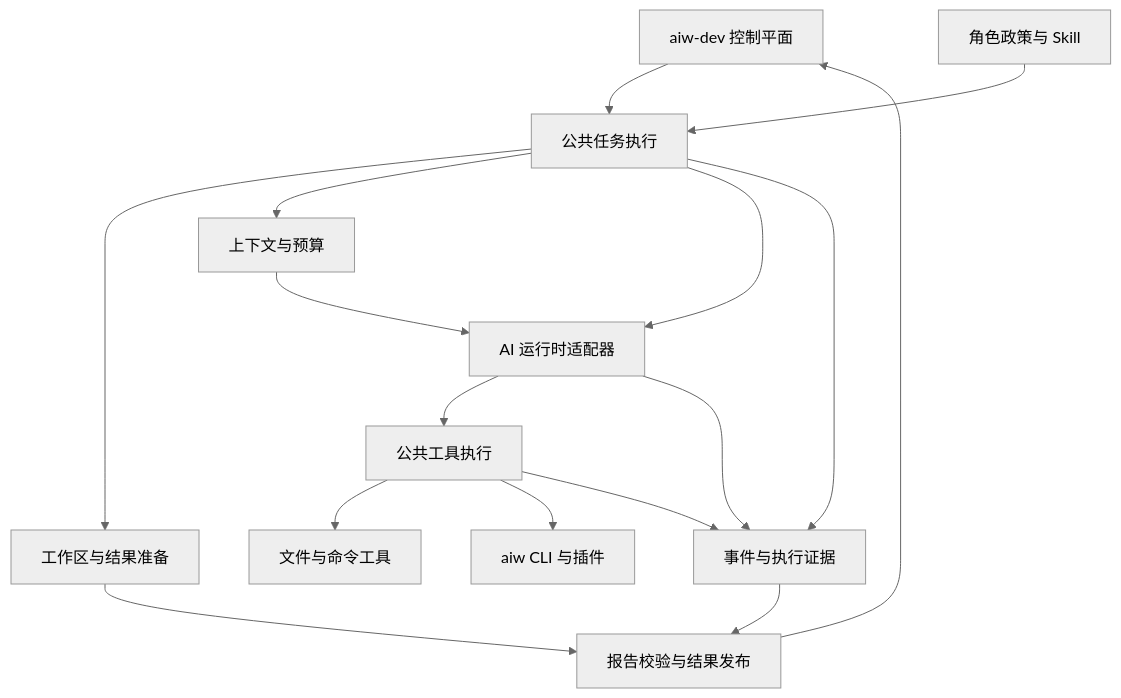
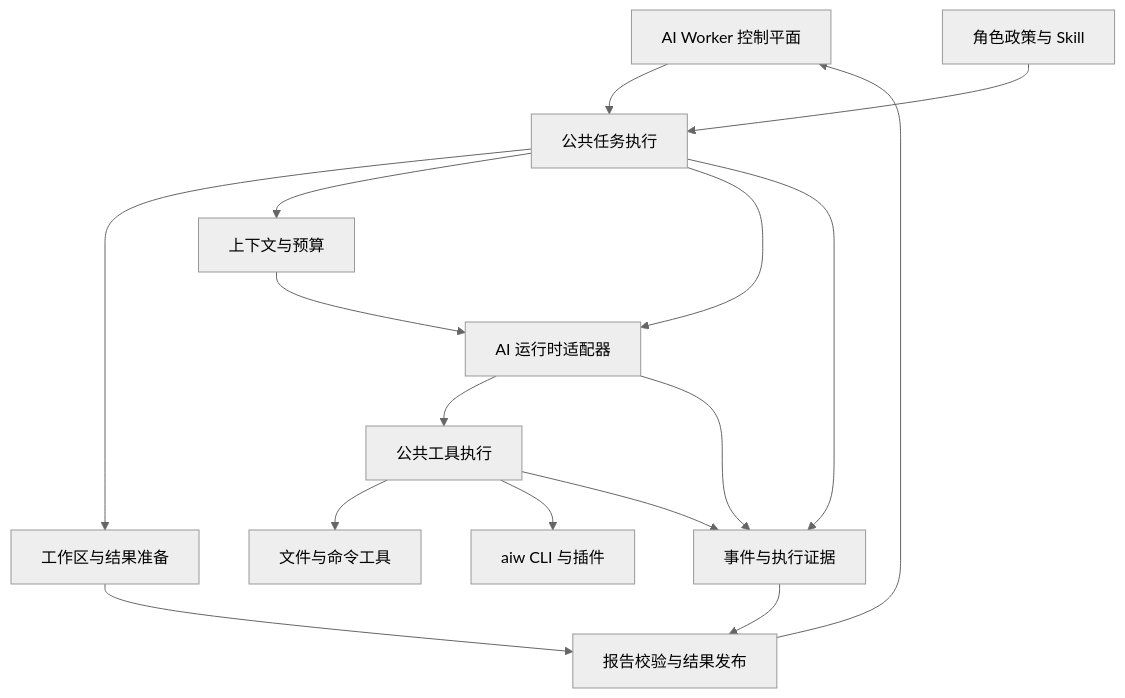
The diagram in docs/worker-pi-integration-plan.md (bruceasu/aiw-de), drawn with Mermaid (neutral theme) before and after one commit. The commit also changed other lines of this file and 22 other files, not shown here.

````diff
--- a/docs/worker-pi-integration-plan.md
+++ b/docs/worker-pi-integration-plan.md
@@ -36,18 +36,18 @@
 ```mermaid
 flowchart TD
-    CP[aiw-dev 控制平面] --> A[公共任务执行]
+    CP[AI Worker 控制平面] --> A[公共任务执行]
     RP[角色政策与 Skill] --> A
     A --> W[工作区与结果准备]
     A --> C[上下文与预算]
     A --> R[AI 运行时适配器]
     C --> R
     R --> T[公共工具执行]
     T --> F[文件与命令工具]
     T --> P[aiw CLI 与插件]
     A --> E[事件与执行证据]
     T --> E
     R --> E
     W --> V[报告校验与结果发布]
     E --> V
     V --> CP
 ```
````
